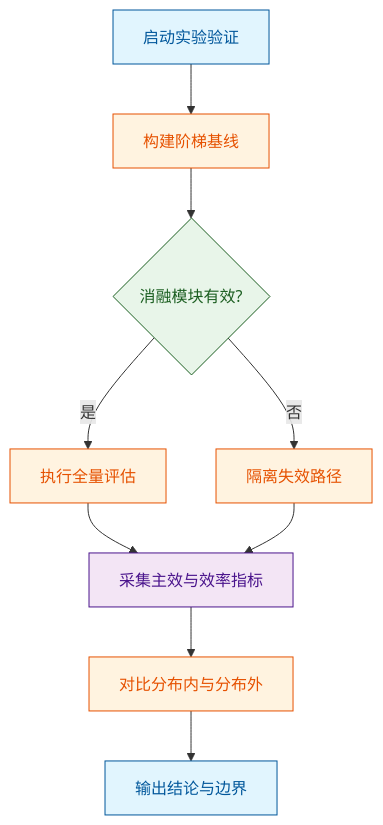
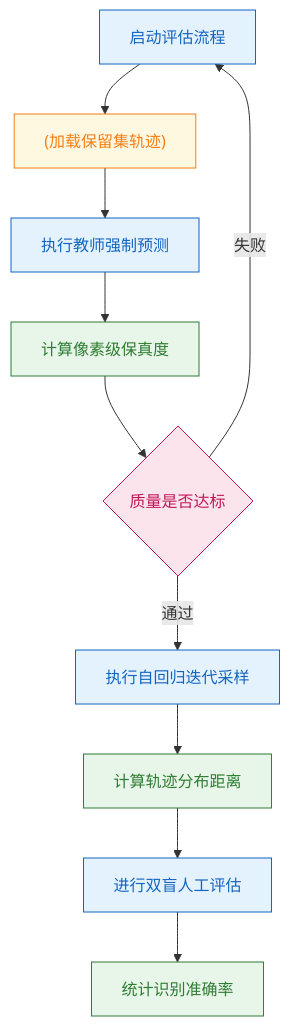
Before and after one commit to ShinewineW/paper-rolling: the fifth of 10 diagrams in person_vault/2026-06-08_DiffusionModelsAreRealTimeGameEngines_2408.14837/report.md, drawn with Mermaid. The commit also changed other lines of this file and 51 other files, not shown here.

````diff
--- a/person_vault/2026-06-08_DiffusionModelsAreRealTimeGameEngines_2408.14837/report.md
+++ b/person_vault/2026-06-08_DiffusionModelsAreRealTimeGameEngines_2408.14837/report.md
@@ -211,16 +264,27 @@
 ```mermaid
-flowchart TD
-    classDef start fill:#e1f5fe,stroke:#01579b,color:#01579b;
-    classDef process fill:#fff3e0,stroke:#e65100,color:#e65100;
-    classDef decision fill:#e8f5e9,stroke:#1b5e20,color:#1b5e20;
-    classDef data fill:#f3e5f5,stroke:#4a148c,color:#4a148c;
+flowchart TB
+  classDef proc fill:#e3f2fd,stroke:#1565c0,color:#1565c0
+  classDef data fill:#fff8e1,stroke:#f57f17,color:#f57f17
+  classDef metric fill:#e8f5e9,stroke:#2e7d32,color:#2e7d32
+  classDef gate fill:#fce4ec,stroke:#c2185b,color:#c2185b
 
-    start_node["启动实验验证"]:::start --> setup_baseline["构建阶梯基线"]:::process
-    setup_baseline --> check_ablation{消融模块有效?}:::decision
-    check_ablation -- 是 --> run_full_eval["执行全量评估"]:::process
-    check_ablation -- 否 --> isolate_failure["隔离失效路径"]:::process
-    run_full_eval --> collect_metrics["采集主效与效率指标"]:::data
-    isolate_failure --> collect_metrics
-    collect_metrics --> compare_ood["对比分布内与分布外"]:::process
-    compare_ood --> final_conclusion["输出结论与边界"]:::start
+  start_eval["启动评估流程"]:::proc
+  load_data["(加载保留集轨迹)"]:::data
+  teacher_pred["执行教师强制预测"]:::proc
+  calc_pixel["计算像素级保真度"]:::metric
+  check_quality{质量是否达标}:::gate
+  auto_sample["执行自回归迭代采样"]:::proc
+  calc_dist["计算轨迹分布距离"]:::metric
+  human_blind["进行双盲人工评估"]:::proc
+  calc_acc["统计识别准确率"]:::metric
+
+  start_eval --> load_data
+  load_data --> teacher_pred
+  teacher_pred --> calc_pixel
+  calc_pixel --> check_quality
+  check_quality -->|通过| auto_sample
+  check_quality -->|失败| start_eval
+  auto_sample --> calc_dist
+  calc_dist --> human_blind
+  human_blind --> calc_acc
 ```
````
